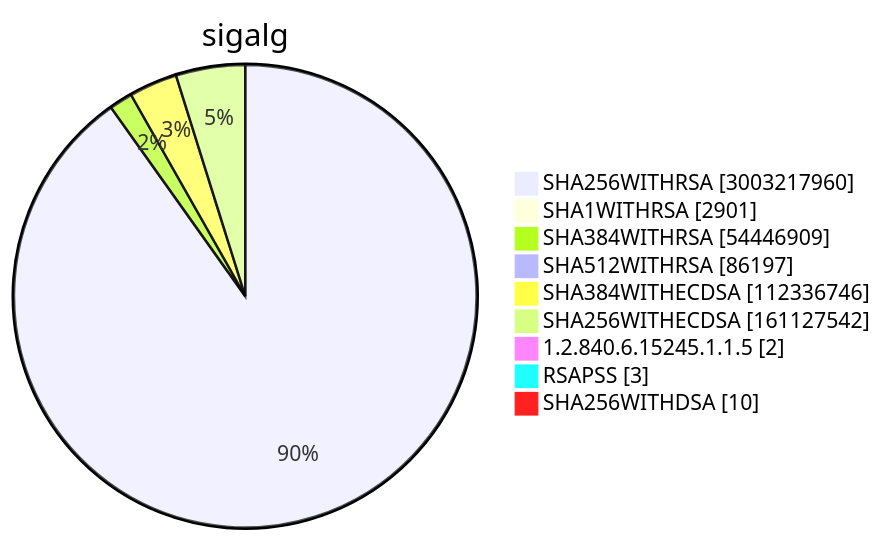
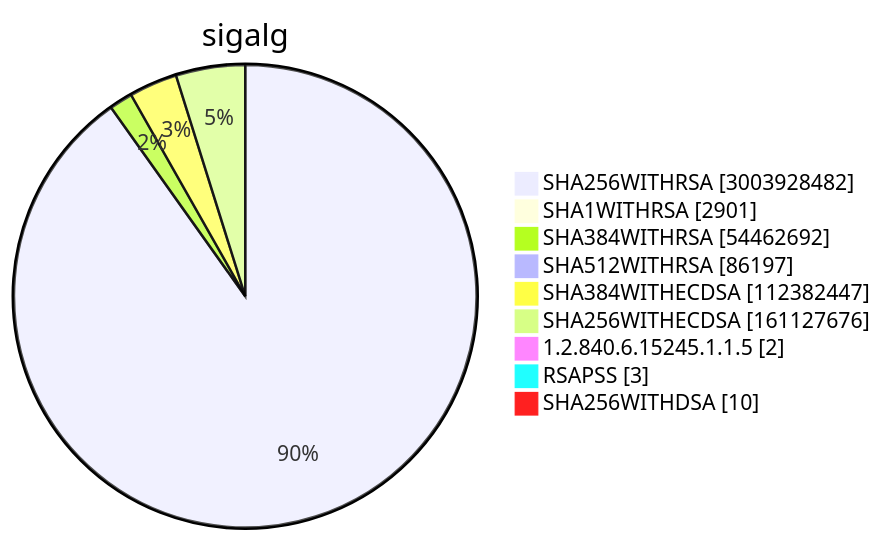
Before and after one commit to christiankrug/ctmonitor_visualization: diagram 15 of 15 in TOTAL/README.md, drawn with Mermaid. The commit also changed other lines of this file, not shown here.

````diff
--- a/TOTAL/README.md
+++ b/TOTAL/README.md
@@ -6208,13 +6208,13 @@
 ```mermaid
 pie showData
 title sigalg
-"SHA256WITHRSA" :3003217960
+"SHA256WITHRSA" :3003928482
 "SHA1WITHRSA" :2901
-"SHA384WITHRSA" :54446909
+"SHA384WITHRSA" :54462692
 "SHA512WITHRSA" :86197
-"SHA384WITHECDSA" :112336746
-"SHA256WITHECDSA" :161127542
+"SHA384WITHECDSA" :112382447
+"SHA256WITHECDSA" :161127676
 "1.2.840.6.15245.1.1.5" :2
 "RSAPSS" :3
 "SHA256WITHDSA" :10
 ```
````
